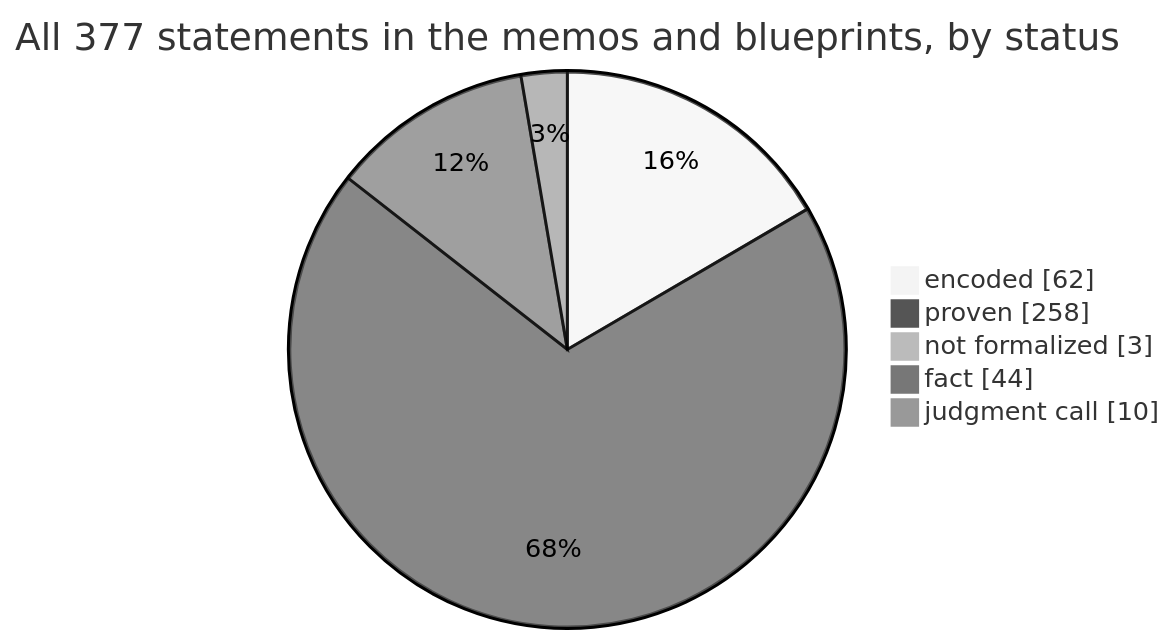
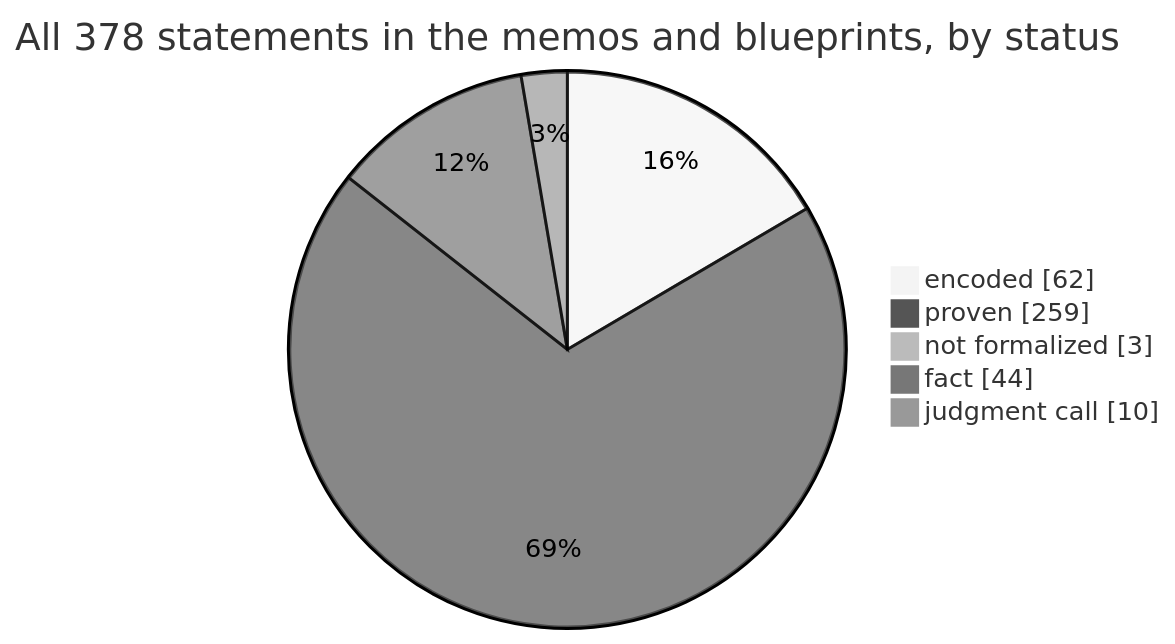
One commit to SeanWMurray/Canteen changed the first of 4 diagrams in docs/graphs/dashboard.md. Above: the diagram before and after it, drawn with Mermaid (neutral theme). The commit also changed other lines of this file and 14 other files, not shown here.

````diff
--- a/docs/graphs/dashboard.md
+++ b/docs/graphs/dashboard.md
@@ -11,8 +11,8 @@
 ```mermaid
-pie showData title All 377 statements in the memos and blueprints, by status
+pie showData title All 378 statements in the memos and blueprints, by status
     "encoded" : 62
-    "proven" : 258
+    "proven" : 259
     "not formalized" : 3
     "fact" : 44
     "judgment call" : 10
 ```
````
